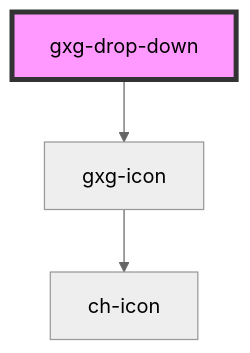
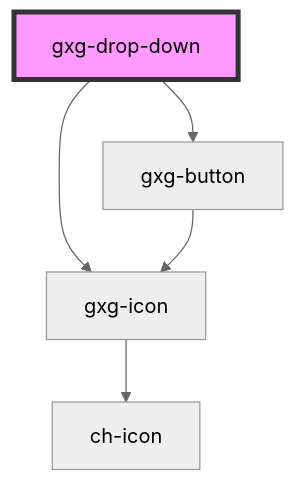
The diagram in src/components/drop-down/readme.md (genexuslabs/gemini), drawn with Mermaid (neutral theme) before and after one commit. The commit also changed other lines of this file and 6 other files, not shown here.

````diff
--- a/src/components/drop-down/readme.md
+++ b/src/components/drop-down/readme.md
@@ -37,6 +39,8 @@
 ```mermaid
 graph TD;
   gxg-drop-down --> gxg-icon
+  gxg-drop-down --> gxg-button
   gxg-icon --> ch-icon
+  gxg-button --> gxg-icon
   style gxg-drop-down fill:#f9f,stroke:#333,stroke-width:4px
 ```
````
